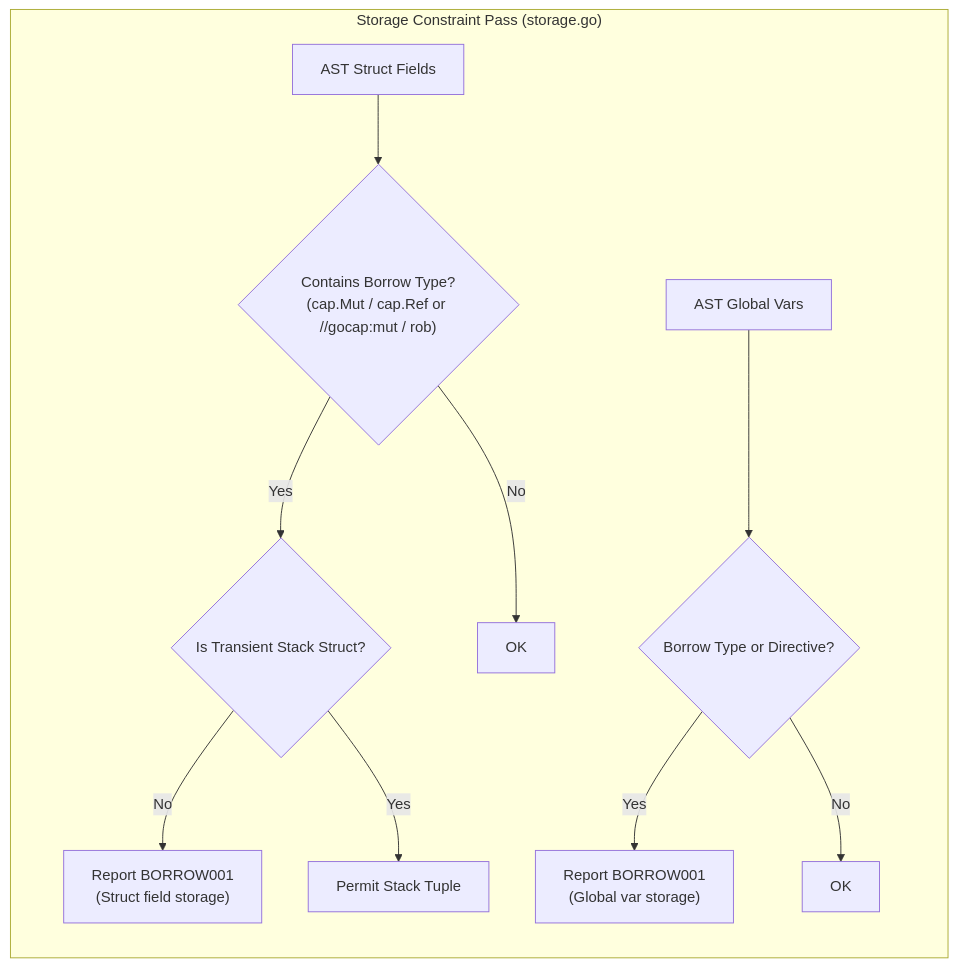
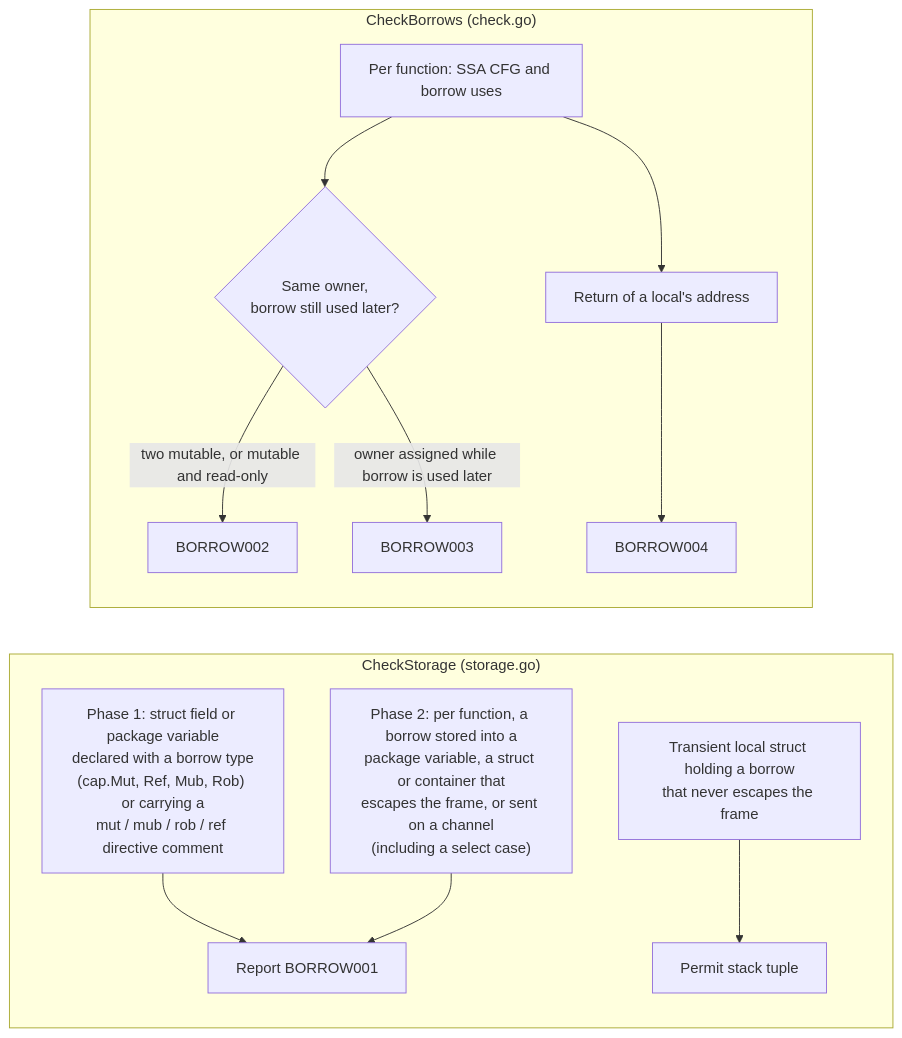
Before and after one commit to bharathvbcr/GoSree: the third of 9 diagrams in docs/ARCHITECTURE.md, drawn with Mermaid. The commit also changed other lines of this file and 13 other files, not shown here.

````diff
--- a/docs/ARCHITECTURE.md
+++ b/docs/ARCHITECTURE.md
@@ -161,14 +160,15 @@
 ```mermaid
 flowchart LR
-    subgraph Storage ["Storage Constraint Pass (storage.go)"]
-        A["AST Struct Fields"] --> B{"Contains Borrow Type?\n(cap.Mut / cap.Ref or //gocap:mut / rob)"}
-        B -- Yes --> C{"Is Transient Stack Struct?"}
-        C -- No --> D["Report BORROW001\n(Struct field storage)"]
-        C -- Yes --> E["Permit Stack Tuple"]
-        B -- No --> Pass1["OK"]
-        
-        G["AST Global Vars"] --> H{"Borrow Type or Directive?"}
-        H -- Yes --> I["Report BORROW001\n(Global var storage)"]
-        H -- No --> Pass2["OK"]
+    subgraph Storage ["CheckStorage (storage.go)"]
+        A["Phase 1: struct field or package variable\ndeclared with a borrow type\n(cap.Mut, Ref, Mub, Rob) or carrying a\nmut / mub / rob / ref directive comment"] --> D["Report BORROW001"]
+        B["Phase 2: per function, a borrow stored into a\npackage variable, a struct or container that\nescapes the frame, or sent on a channel\n(including a select case)"] --> D
+        C["Transient local struct holding a borrow\nthat never escapes the frame"] --> E["Permit stack tuple"]
+    end
+
+    subgraph Flow ["CheckBorrows (check.go)"]
+        F["Per function: SSA CFG and borrow uses"] --> G{"Same owner,\nborrow still used later?"}
+        G -- "two mutable, or mutable and read-only" --> H["BORROW002"]
+        G -- "owner assigned while borrow is used later" --> I["BORROW003"]
+        F --> J["Return of a local's address"] --> K["BORROW004"]
     end
 ```
````
